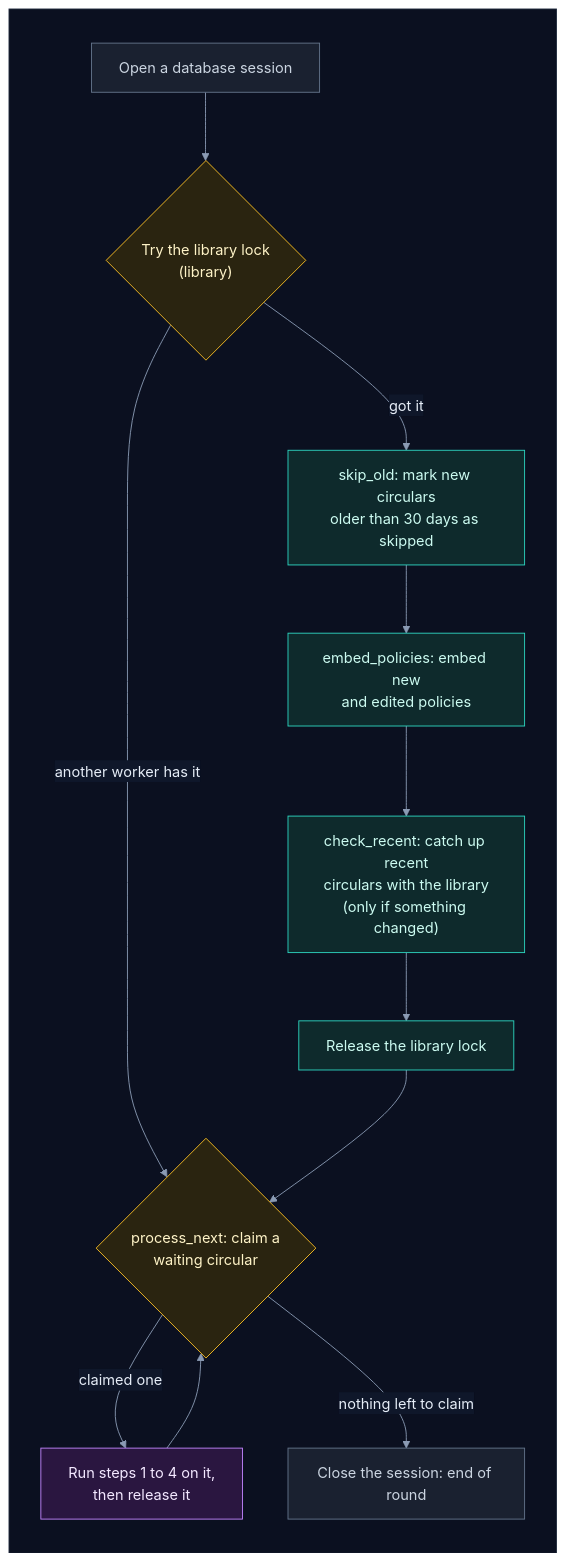
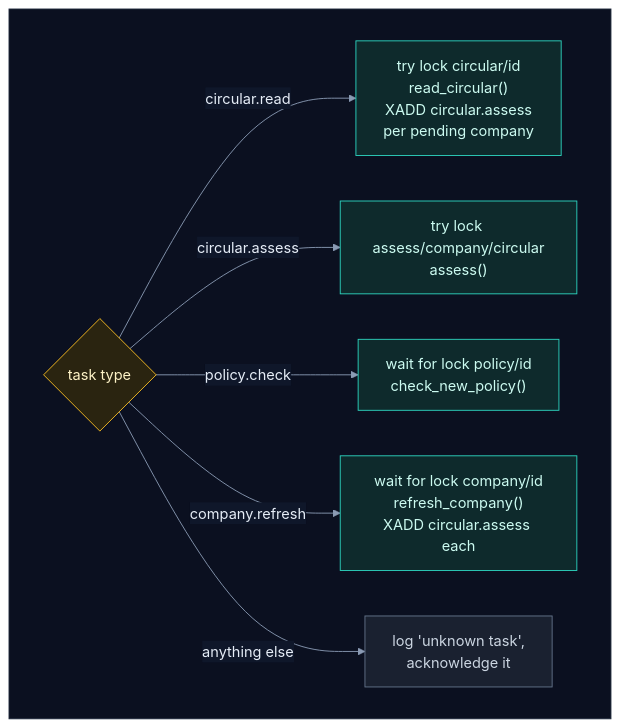
One commit to selvakumarperumal/Regulatory_Circular_Impact_Agent changed the sixth of 19 diagrams in backend/worker/INTERNALS.md. Above: the diagram before and after it, drawn with Mermaid. The commit also changed other lines of this file and 8 other files, not shown here.

Commit message:
Document the task queue and multi-company design

````diff
--- a/backend/worker/INTERNALS.md
+++ b/backend/worker/INTERNALS.md
@@ -242,31 +302,26 @@
 ```mermaid
 %%{init: {"theme": "base", "flowchart": {"diagramPadding": 0}, "themeVariables": {"darkMode": true, "primaryColor": "#16213a", "primaryTextColor": "#e6edf7", "primaryBorderColor": "#475a7a", "lineColor": "#8b9bb4", "secondaryColor": "#1b2436", "tertiaryColor": "#101a2e", "edgeLabelBackground": "#0f172a", "textColor": "#e2e8f0", "clusterBkg": "#0f1728", "clusterBorder": "#2b3a55", "titleColor": "#c4b5fd", "nodeTextColor": "#e6edf7"}}}%%
-flowchart TD
+flowchart LR
     subgraph canvas[" "]
-        direction TB
-        open["Open a database session"] --> lib{"Try the library lock<br/>(library)"}
-        lib -->|"another worker has it"| queue
-        lib -->|"got it"| skip["skip_old: mark new circulars<br/>older than 30 days as skipped"]
-        skip --> embed["embed_policies: embed new<br/>and edited policies"]
-        embed --> catch["check_recent: catch up recent<br/>circulars with the library<br/>(only if something changed)"]
-        catch --> unlock["Release the library lock"]
-        unlock --> queue{"process_next: claim a<br/>waiting circular"}
-        queue -->|"claimed one"| work["Run steps 1 to 4 on it,<br/>then release it"]
-        work --> queue
-        queue -->|"nothing left to claim"| close["Close the session: end of round"]
+        direction LR
+        t{"task type"} -->|"circular.read"| cr["try lock circular/id<br/>read_circular()<br/>XADD circular.assess<br/>per pending company"]
+        t -->|"circular.assess"| ca["try lock assess/company/circular<br/>assess()"]
+        t -->|"policy.check"| pc["wait for lock policy/id<br/>check_new_policy()"]
+        t -->|"company.refresh"| co["wait for lock company/id<br/>refresh_company()<br/>XADD circular.assess each"]
+        t -->|"anything else"| drop["log 'unknown task',<br/>acknowledge it"]
     end
     classDef svc fill:#0e2a2c,stroke:#2dd4bf,color:#ccfbf1
     classDef data fill:#1c1a47,stroke:#818cf8,color:#e0e7ff
     classDef ext fill:#2a1640,stroke:#c084fc,color:#f3e8ff
     classDef gpu fill:#2d1b0c,stroke:#fb923c,color:#ffedd5
     classDef ask fill:#2a2410,stroke:#fbbf24,color:#fef3c7
     classDef ok fill:#0b2a1c,stroke:#34d399,color:#d1fae5
     classDef bad fill:#2e0f17,stroke:#fb7185,color:#ffe4e6
     classDef start fill:#1c2a0e,stroke:#a7ef6f,color:#ecfccb
     classDef muted fill:#1a2130,stroke:#64748b,color:#cbd5e1
-    class open,close muted
-    class lib,queue ask
-    class skip,embed,catch,unlock svc
-    class work ext
+    classDef queue fill:#0c2231,stroke:#38bdf8,color:#e0f2fe
+    class t ask
+    class cr,ca,pc,co svc
+    class drop muted
     style canvas fill:#0b1020,stroke:#1e293b,color:#0b1020
 ```
````
